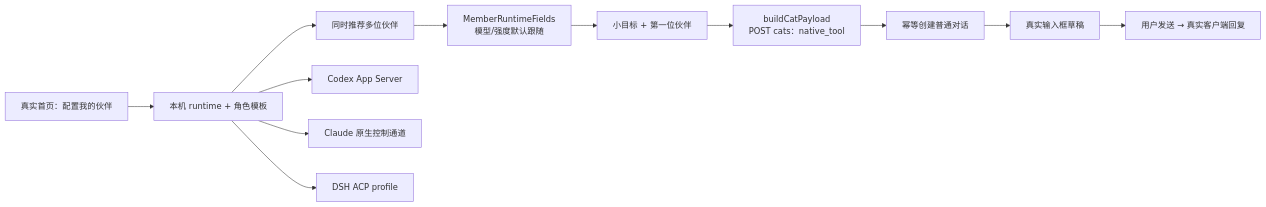
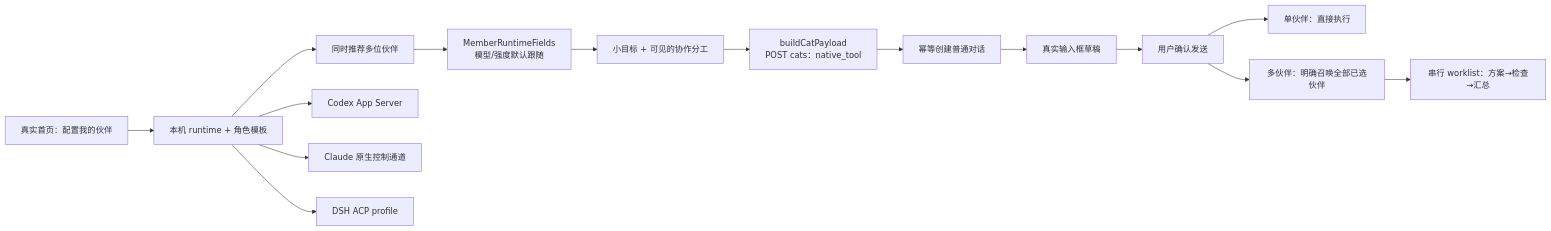
One commit to whutzefengxie-ops/clowder-ai changed the diagram in docs/plans/issue-1466-native-onboarding-2026-10-12.md. Above: the diagram before and after it, drawn with Mermaid. The commit also changed other lines of this file and 33 other files, not shown here.

````diff
--- a/docs/plans/issue-1466-native-onboarding-2026-10-12.md
+++ b/docs/plans/issue-1466-native-onboarding-2026-10-12.md
@@ -33,14 +33,17 @@
 ```mermaid
 flowchart LR
   A[真实首页：配置我的伙伴] --> B[本机 runtime + 角色模板]
   B --> C[同时推荐多位伙伴]
   C --> D[MemberRuntimeFields\n模型/强度默认跟随]
-  D --> E[小目标 + 第一位伙伴]
+  D --> E[小目标 + 可见的协作分工]
   E --> F[buildCatPayload\nPOST cats：native_tool]
   F --> G[幂等创建普通对话]
   G --> H[真实输入框草稿]
-  H --> I[用户发送 → 真实客户端回复]
+  H --> I[用户确认发送]
+  I --> M[单伙伴：直接执行]
+  I --> N[多伙伴：明确召唤全部已选伙伴]
+  N --> O[串行 worklist：方案→检查→汇总]
   B --> J[Codex App Server]
   B --> K[Claude 原生控制通道]
   B --> L[DSH ACP profile]
 ```
````
